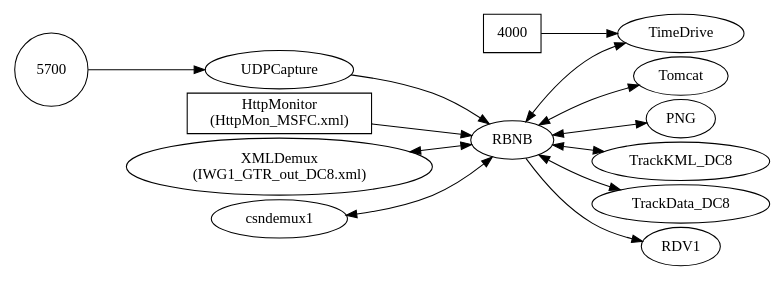
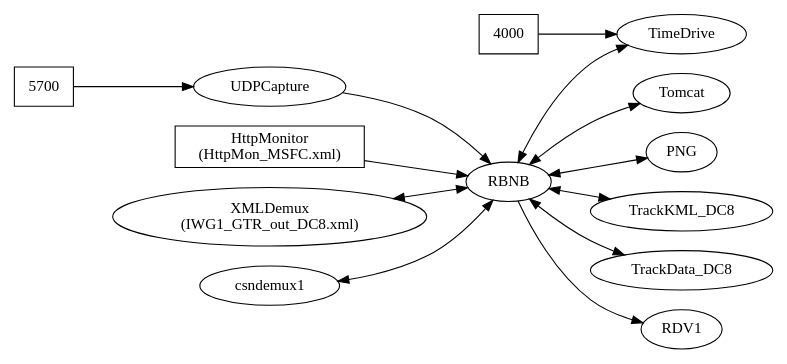
One commit to phubbard/nasa-dryden-dt changed the diagram in dot/p4.dot. Above: the diagram before and after it, drawn with Graphviz. The commit also changed 6 other files, not shown here.

Commit message:
Python updated, graph looks correct now.

```diff
--- a/dot/p4.dot
+++ b/dot/p4.dot
@@ -1,39 +1,36 @@
 digraph p4 {
 	// Graph defines
 	center="true";
 	orientation="portrait";
 	ratio="auto";
 	size="8, 10.5"
-	page="8.5, 11";
 	rankdir="LR";
-	nodesep=.05;
-	fontsize="20";
-//	constraint="false";
+	constraint="false";
 	
 	// Node definitions
-	port5700 [shape=circle, label="5700"];
+	port5700 [shape=box, label="5700", URL="https://indscore.dfrc.nasa.gov/RBNB/INDS6/DC8-817-TC4_IWG1"];
 	httpmon1 [shape=box, label="HttpMonitor\n(HttpMon_MSFC.xml)"];
 
 	port4000 [shape=box, label="4000"];
 	udpcapture1 [label="UDPCapture"];
 
 	xmldemux1 [label="XMLDemux\n(IWG1_GTR_out_DC8.xml)"]
 	
 	// Define the graph
 	// Input-only links (into rbnb)
 	port5700 -> udpcapture1 -> RBNB;
 	httpmon1 -> RBNB;
 	port4000 ->  TimeDrive;
 	
 	// Denote bidirectional links
 	edge [dir="both"];
 	
 	RBNB -> { Tomcat; PNG; TimeDrive; TrackKML_DC8; TrackData_DC8}
 	
 	xmldemux1 -> RBNB;
 	csndemux1 -> RBNB;
 	
 	// RDV links are sink-only, show differently
 	edge [dir="head"];
 	RBNB -> RDV1;
 }
```
